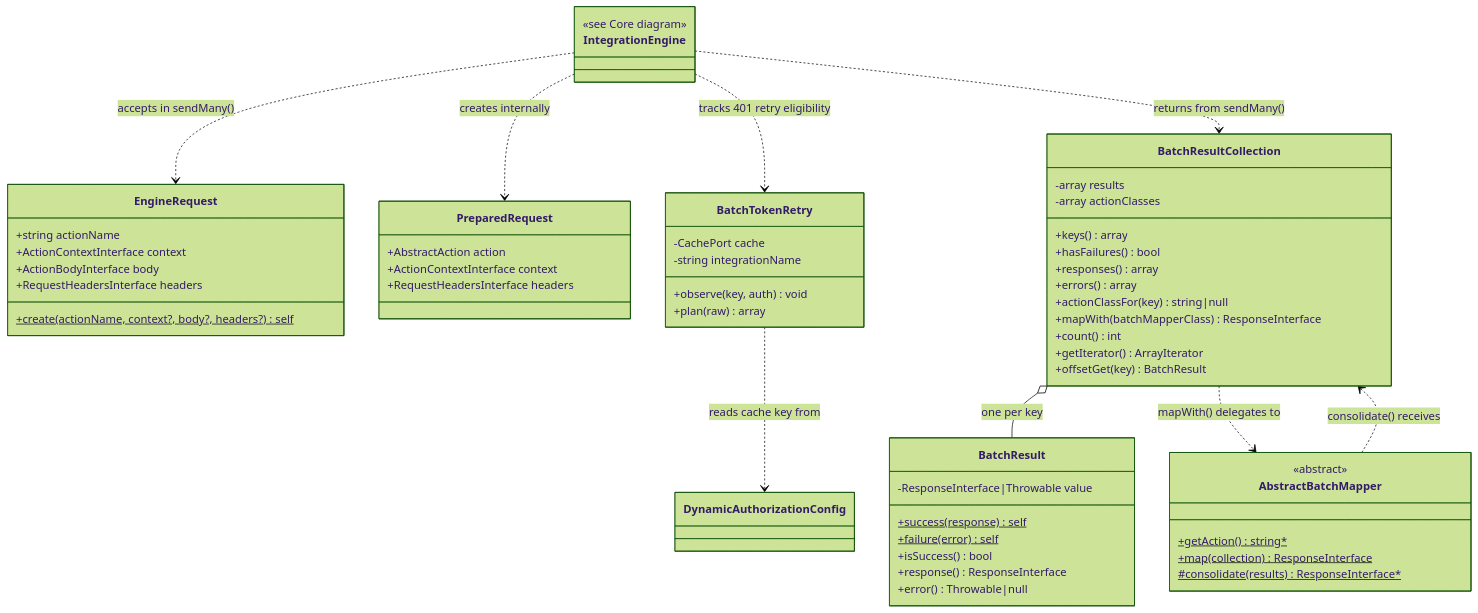
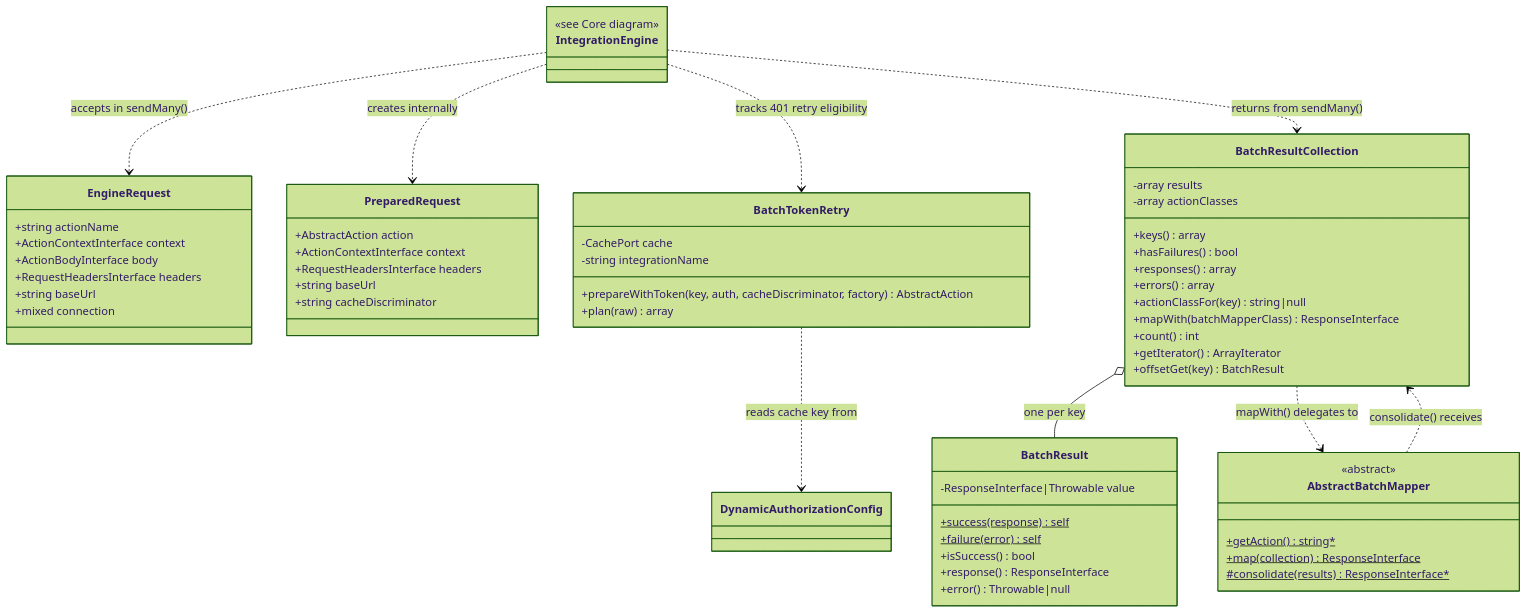
Before and after one commit to CarlosGude/integrationEngine: the second of 7 diagrams in docs/class-graph.md, drawn with Mermaid (forest theme). The commit also changed other lines of this file and 12 other files, not shown here.

````diff
--- a/docs/class-graph.md
+++ b/docs/class-graph.md
@@ -175,68 +207,71 @@
 ```mermaid
 classDiagram
     direction TB
 
     class EngineRequest {
         +string actionName
         +ActionContextInterface context
         +ActionBodyInterface body
         +RequestHeadersInterface headers
-        +create(actionName, context?, body?, headers?)$ self
+        +string baseUrl
+        +mixed connection
     }
 
     class PreparedRequest {
         +AbstractAction action
         +ActionContextInterface context
         +RequestHeadersInterface headers
+        +string baseUrl
+        +string cacheDiscriminator
     }
 
     class BatchResult {
         -ResponseInterface|Throwable value
         +success(response)$ self
         +failure(error)$ self
         +isSuccess() bool
         +response() ResponseInterface
         +error() Throwable|null
     }
 
     class BatchResultCollection {
         -array results
         -array actionClasses
         +keys() array
         +hasFailures() bool
         +responses() array
         +errors() array
         +actionClassFor(key) string|null
         +mapWith(batchMapperClass) ResponseInterface
         +count() int
         +getIterator() ArrayIterator
         +offsetGet(key) BatchResult
     }
 
     class AbstractBatchMapper {
         <<abstract>>
         +getAction()$ string*
         +map(collection)$ ResponseInterface
         #consolidate(results)$ ResponseInterface*
     }
 
     class BatchTokenRetry {
         -CachePort cache
         -string integrationName
-        +observe(key, auth) void
+        +prepareWithToken(key, auth, cacheDiscriminator, factory) AbstractAction
         +plan(raw) array
     }
 
     class IntegrationEngine {
         <<see Core diagram>>
     }
 
     IntegrationEngine ..> EngineRequest : accepts in sendMany()
     IntegrationEngine ..> PreparedRequest : creates internally
     IntegrationEngine ..> BatchTokenRetry : tracks 401 retry eligibility
     IntegrationEngine ..> BatchResultCollection : returns from sendMany()
     BatchResultCollection o-- BatchResult : one per key
     BatchResultCollection ..> AbstractBatchMapper : mapWith() delegates to
     AbstractBatchMapper ..> BatchResultCollection : consolidate() receives
     BatchTokenRetry ..> DynamicAuthorizationConfig : reads cache key from
 ```
````
